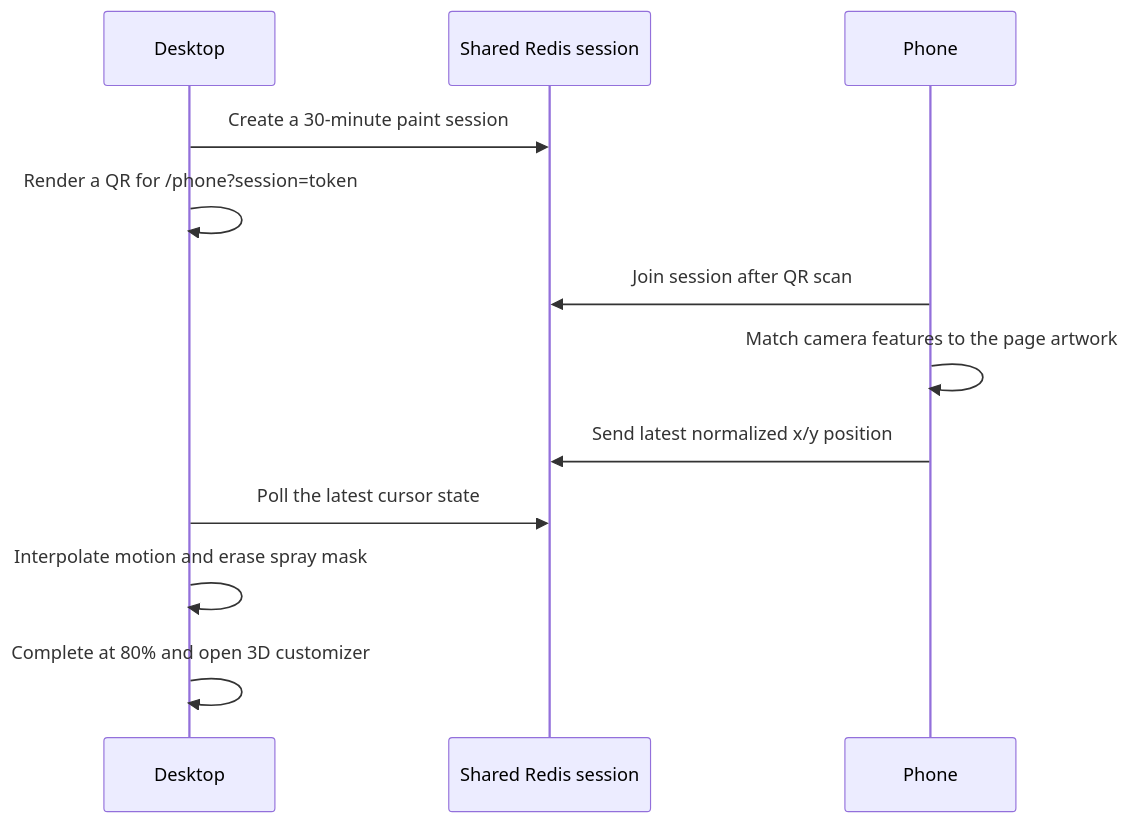
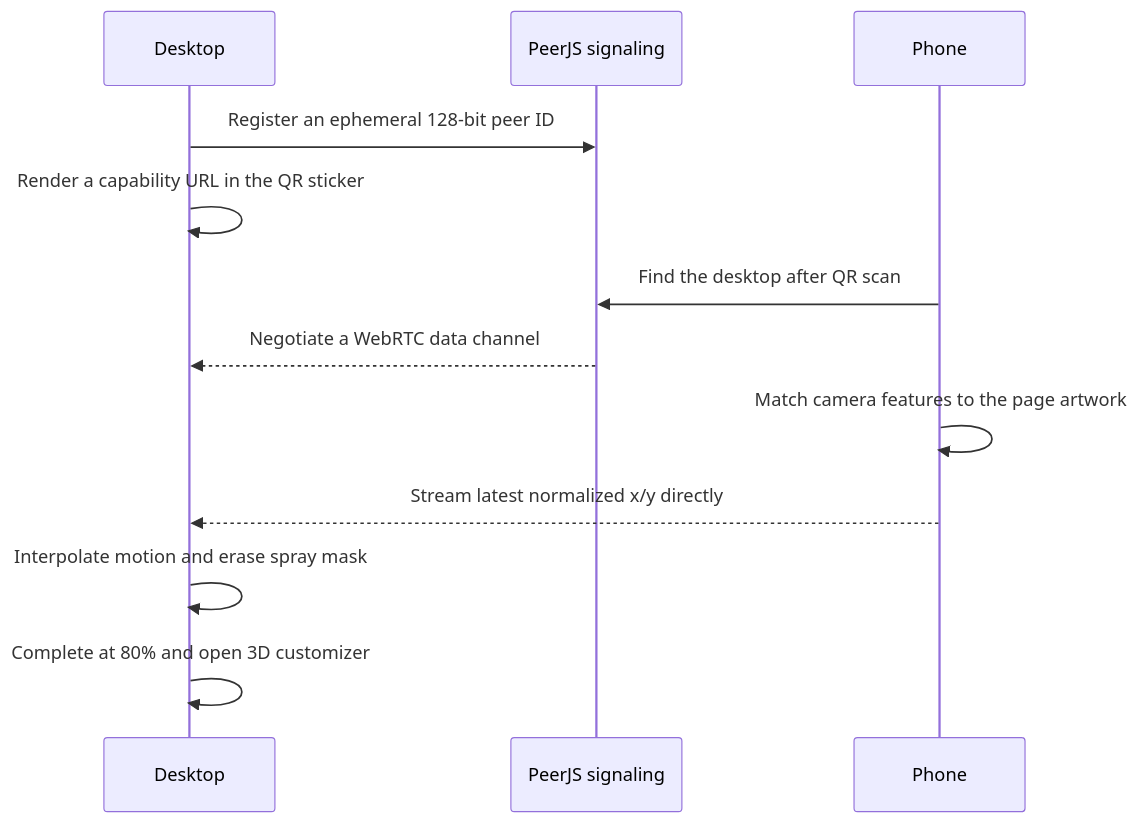
Before and after one commit to thenpceo/sunday-phone-paint-demo: the diagram in README.md, drawn with Mermaid. The commit also changed other lines of this file and 6 other files, not shown here.

Commit message:
fix: stream phone paint directly over WebRTC

````diff
--- a/README.md
+++ b/README.md
@@ -24,15 +25,15 @@
 ```mermaid
 sequenceDiagram
   participant D as Desktop
-  participant R as Shared Redis session
+  participant S as PeerJS signaling
   participant P as Phone
 
-  D->>R: Create a 30-minute paint session
-  D->>D: Render a QR for /phone?session=token
-  P->>R: Join session after QR scan
+  D->>S: Register an ephemeral 128-bit peer ID
+  D->>D: Render a capability URL in the QR sticker
+  P->>S: Find the desktop after QR scan
+  S-->>D: Negotiate a WebRTC data channel
   P->>P: Match camera features to the page artwork
-  P->>R: Send latest normalized x/y position
-  D->>R: Poll the latest cursor state
+  P-->>D: Stream latest normalized x/y directly
   D->>D: Interpolate motion and erase spray mask
   D->>D: Complete at 80% and open 3D customizer
 ```
````
